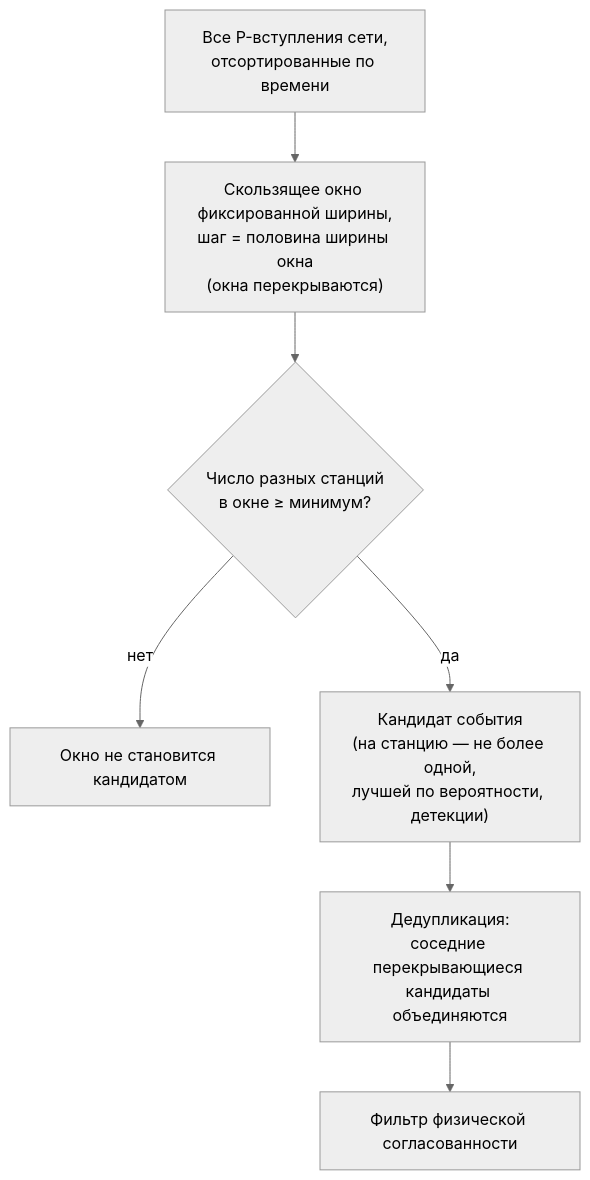
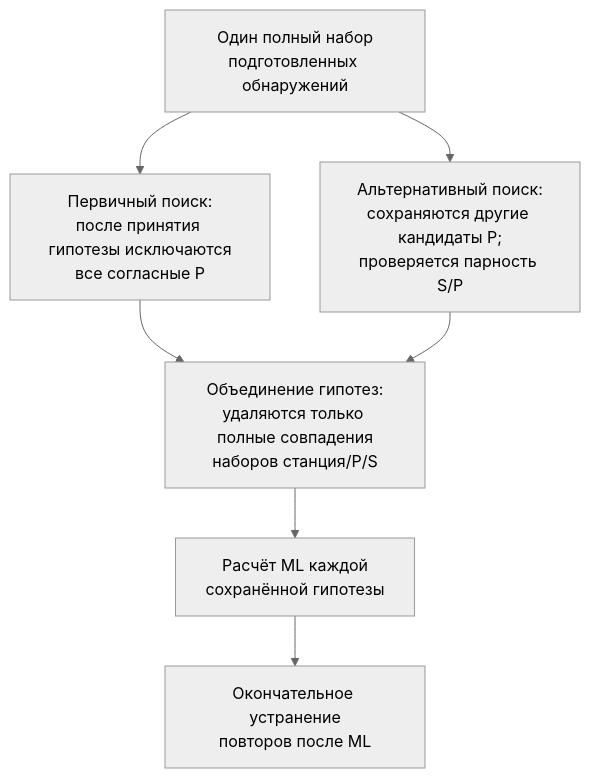
The eighth of 13 diagrams in docs/doc-physical.md (ruhose73/FastEQT), drawn with Mermaid (neutral theme) before and after one commit. The commit also changed other lines of this file, not shown here.

````diff
--- a/docs/doc-physical.md
+++ b/docs/doc-physical.md
@@ -280,9 +376,9 @@
 ```mermaid
 flowchart TD
-    All["Все P-вступления сети,<br/>отсортированные по времени"] --> SW["Скользящее окно фиксированной ширины,<br/>шаг = половина ширины окна<br/>(окна перекрываются)"]
-    SW --> Cnt{"Число разных станций<br/>в окне ≥ минимум?"}
-    Cnt -- "нет" --> Drop["Окно не становится кандидатом"]
-    Cnt -- "да" --> Cand["Кандидат события<br/>(на станцию — не более одной,<br/>лучшей по вероятности, детекции)"]
-    Cand --> Dedup["Дедупликация:<br/>соседние перекрывающиеся кандидаты объединяются"]
-    Dedup --> Coh["Фильтр физической согласованности"]
+    X["Один полный набор<br/>подготовленных обнаружений"] --> A["Первичный поиск:<br/>после принятия гипотезы исключаются<br/>все согласные P"]
+    X --> B["Альтернативный поиск:<br/>сохраняются другие кандидаты P;<br/>проверяется парность S/P"]
+    A --> C["Объединение гипотез:<br/>удаляются только полные совпадения<br/>наборов станция/P/S"]
+    B --> C
+    C --> D["Расчёт ML каждой<br/>сохранённой гипотезы"]
+    D --> E["Окончательное устранение<br/>повторов после ML"]
 ```
````
